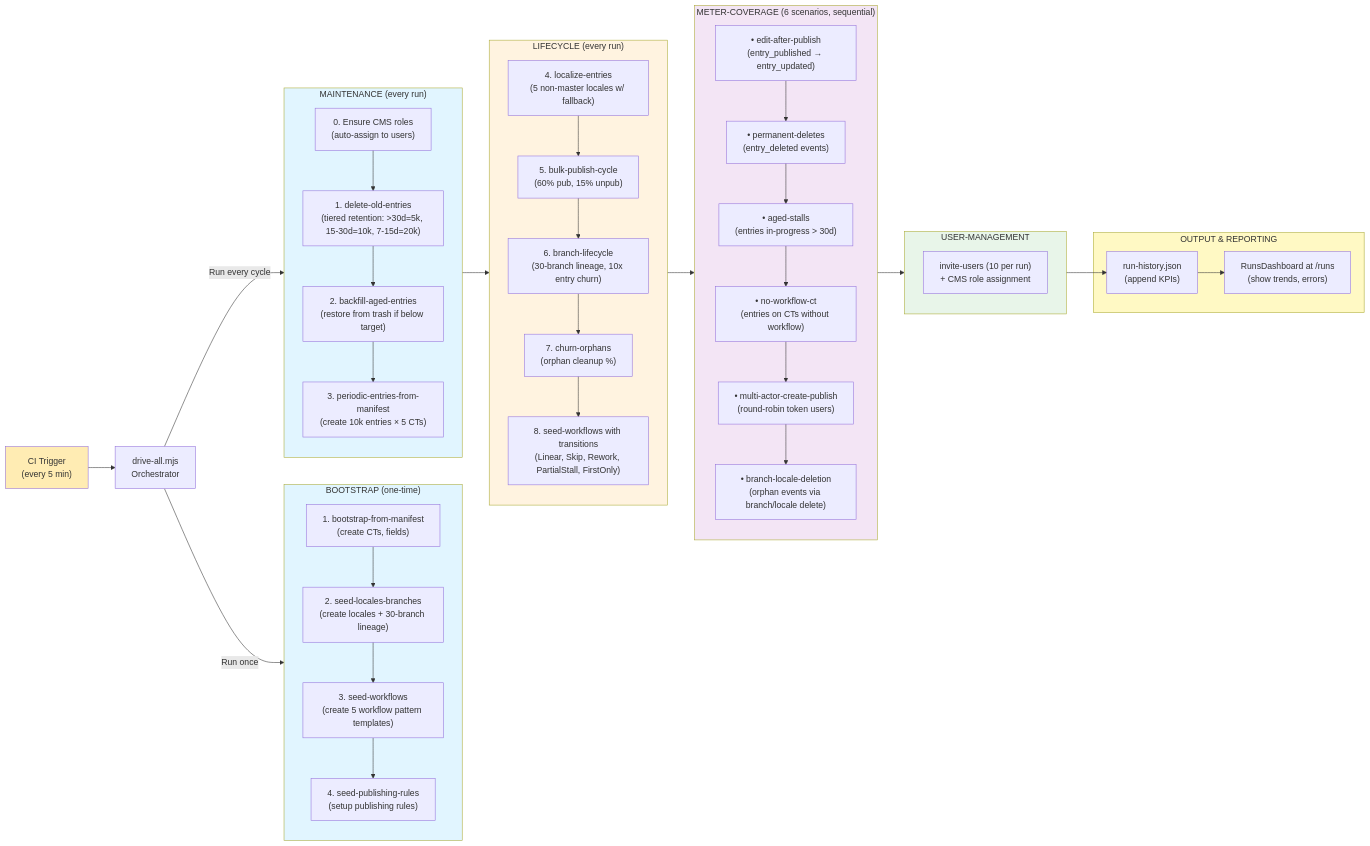
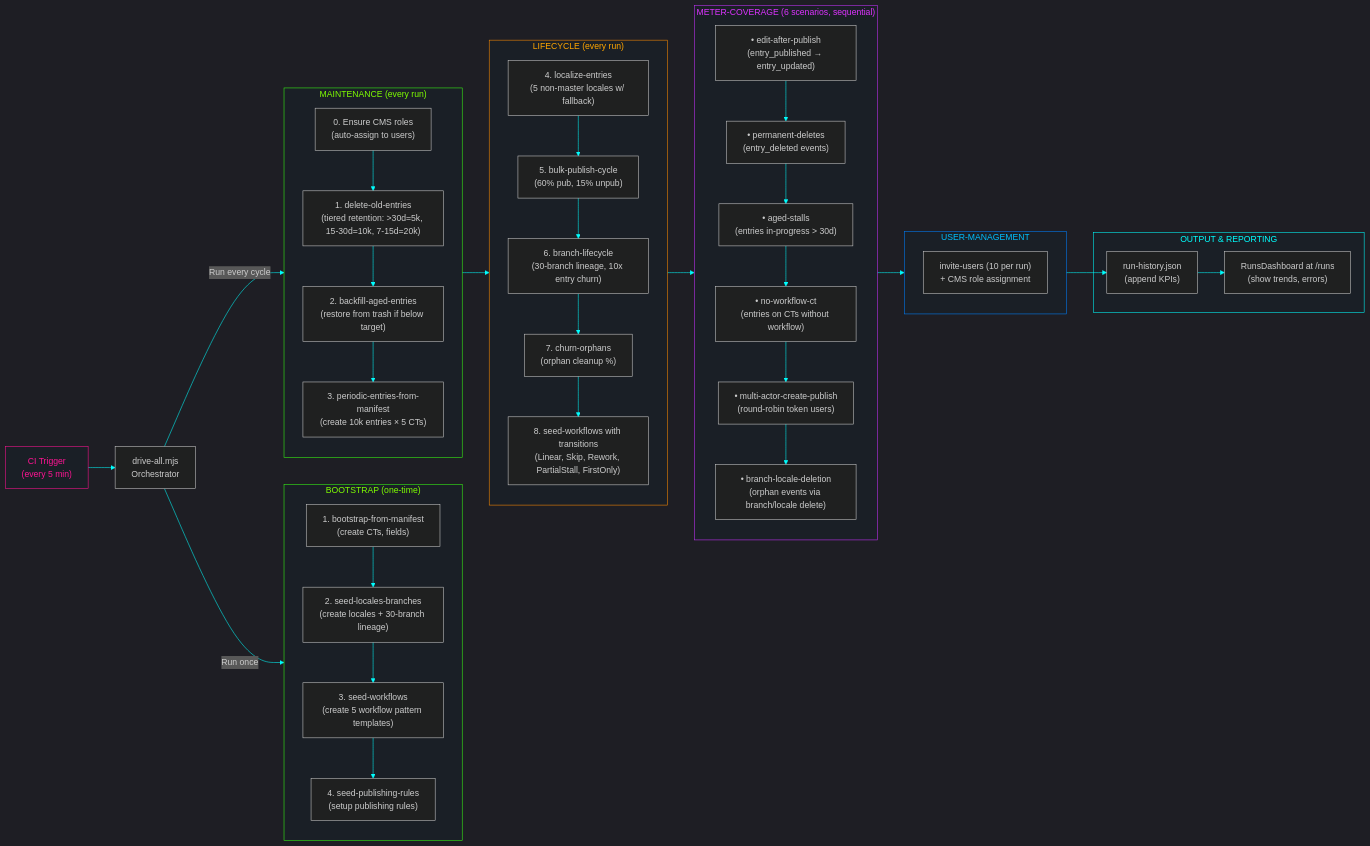
Before and after one commit to DiveshKumarChordia/contentstack-analytics-automation-lab: the third of 6 diagrams in README.md, drawn with Mermaid. The commit also changed other lines of this file, not shown here.

````diff
--- a/README.md
+++ b/README.md
@@ -741,60 +853,61 @@
 ```mermaid
+%%{init: {'theme': 'dark', 'themeVariables': { 'primaryColor':'#0f1419', 'primaryTextColor':'#00ffff', 'primaryBorderColor':'#39ff14', 'lineColor':'#00ffff', 'secondBkgColor':'#1a1f26', 'tertiaryColor':'#0d1117'}}}%%
 graph LR
     CI["CI Trigger<br/>(every 5 min)"]
     
     ORCH["drive-all.mjs<br/>Orchestrator"]
     
     subgraph Init["BOOTSTRAP (one-time)"]
         B1["1. bootstrap-from-manifest<br/>(create CTs, fields)"] --> B2["2. seed-locales-branches<br/>(create locales + 30-branch lineage)"]
         B2 --> B3["3. seed-workflows<br/>(create 5 workflow pattern templates)"]
         B3 --> B4["4. seed-publishing-rules<br/>(setup publishing rules)"]
     end
     
     subgraph Maint["MAINTENANCE (every run)"]
         M0["0. Ensure CMS roles<br/>(auto-assign to users)"]
         M0 --> M1["1. delete-old-entries<br/>(tiered retention: >30d=5k, 15-30d=10k, 7-15d=20k)"]
         M1 --> M2["2. backfill-aged-entries<br/>(restore from trash if below target)"]
         M2 --> M3["3. periodic-entries-from-manifest<br/>(create 10k entries × 5 CTs)"]
     end
     
     subgraph Lifecycle["LIFECYCLE (every run)"]
         L1["4. localize-entries<br/>(5 non-master locales w/ fallback)"] --> L2["5. bulk-publish-cycle<br/>(60% pub, 15% unpub)"]
         L2 --> L3["6. branch-lifecycle<br/>(30-branch lineage, 10x entry churn)"]
         L3 --> L4["7. churn-orphans<br/>(orphan cleanup %)"]
         L4 --> L5["8. seed-workflows with transitions<br/>(Linear, Skip, Rework, PartialStall, FirstOnly)"]
     end
     
     subgraph Meter["METER-COVERAGE (6 scenarios, sequential)"]
         MC1["• edit-after-publish<br/>(entry_published → entry_updated)"] --> MC2["• permanent-deletes<br/>(entry_deleted events)"]
         MC2 --> MC3["• aged-stalls<br/>(entries in-progress > 30d)"]
         MC3 --> MC4["• no-workflow-ct<br/>(entries on CTs without workflow)"]
         MC4 --> MC5["• multi-actor-create-publish<br/>(round-robin token users)"]
         MC5 --> MC6["• branch-locale-deletion<br/>(orphan events via branch/locale delete)"]
     end
     
     subgraph Users["USER-MANAGEMENT"]
         UM["invite-users (10 per run)<br/>+ CMS role assignment"]
     end
     
     subgraph Output["OUTPUT & REPORTING"]
         HIST["run-history.json<br/>(append KPIs)"]
         DASH["RunsDashboard at /runs<br/>(show trends, errors)"]
     end
     
     CI --> ORCH
     ORCH -->|Run once| Init
     ORCH -->|Run every cycle| Maint
     Maint --> Lifecycle
     Lifecycle --> Meter
     Meter --> Users
     Users --> HIST
     HIST --> DASH
     
-    style CI fill:#ffecb3
-    style Init fill:#e1f5ff
-    style Maint fill:#e1f5ff
-    style Lifecycle fill:#fff3e0
-    style Meter fill:#f3e5f5
-    style Users fill:#e8f5e9
-    style Output fill:#fff9c4
+    style CI fill:#1a1f26,stroke:#ff1493,color:#ff1493
+    style Init fill:#1a1f26,stroke:#39ff14,color:#7fff00
+    style Maint fill:#1a1f26,stroke:#39ff14,color:#7fff00
+    style Lifecycle fill:#1a1f26,stroke:#ff8c00,color:#ffa500
+    style Meter fill:#1a1f26,stroke:#c833ff,color:#dd33ff
+    style Users fill:#1a1f26,stroke:#0080ff,color:#00bfff
+    style Output fill:#1a1f26,stroke:#00ffff,color:#00ffff
 ```
````
